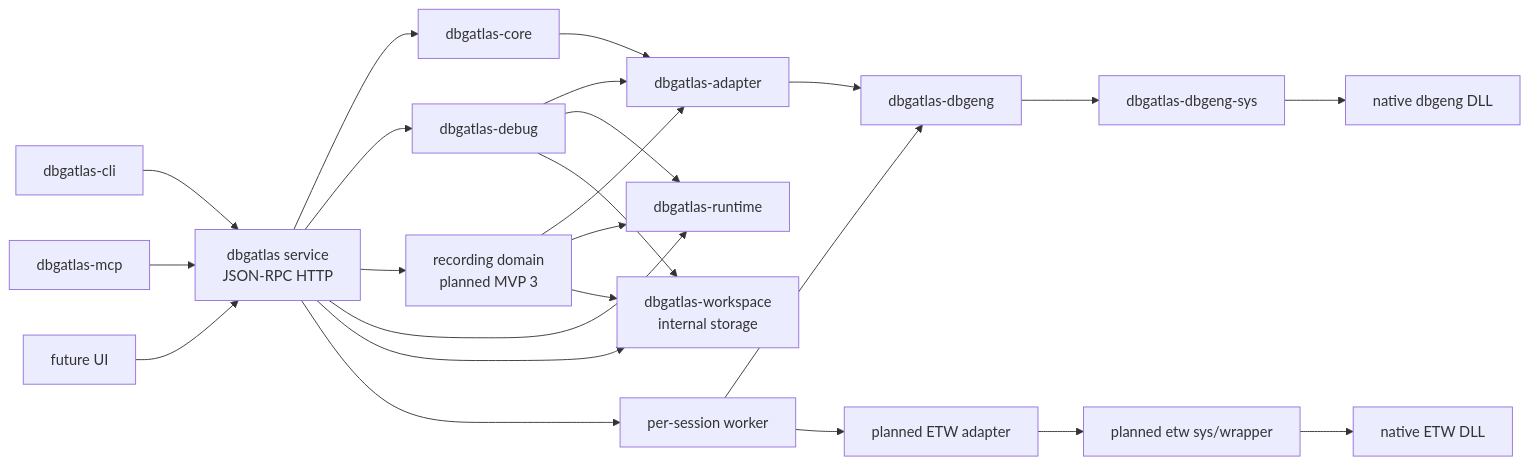
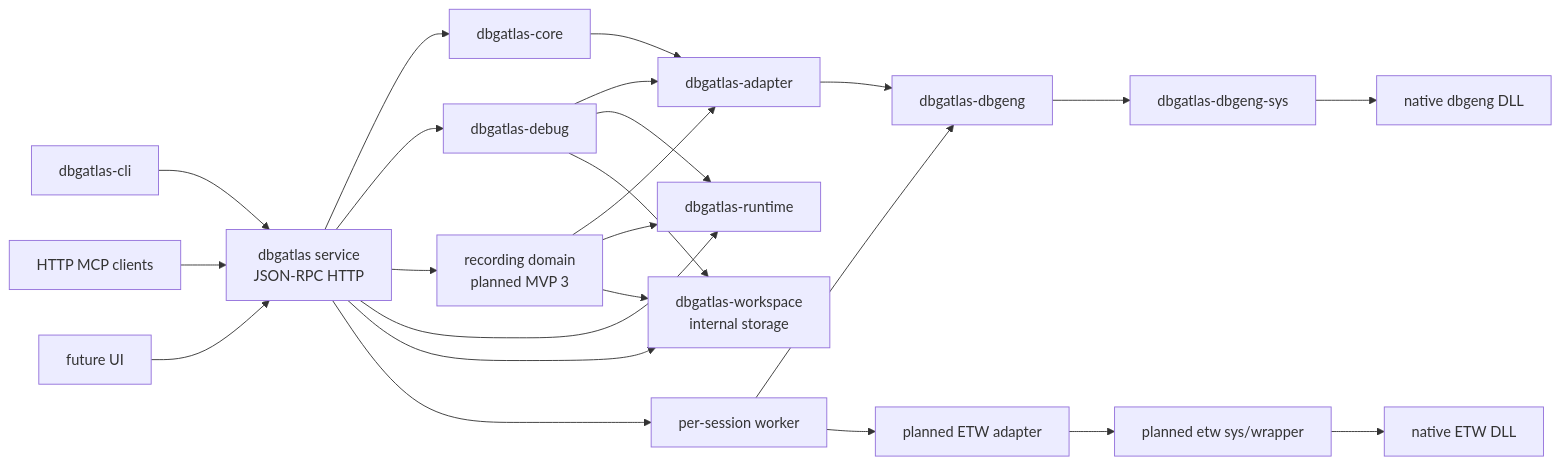
The diagram in docs/architecture.md (dstars-oss/dbgatlas), drawn with Mermaid before and after one commit. The commit also changed other lines of this file and 13 other files, not shown here.

Commit message:
Host MCP over service HTTP

````diff
--- a/docs/architecture.md
+++ b/docs/architecture.md
@@ -7,26 +7,26 @@
 ```mermaid
 flowchart LR
   CLI["dbgatlas-cli"] --> SVC["dbgatlas service\nJSON-RPC HTTP"]
-  MCP["dbgatlas-mcp"] --> SVC
+  MCP["HTTP MCP clients"] --> SVC
   UI["future UI"] --> SVC
   SVC --> CORE["dbgatlas-core"]
   SVC --> DEBUG["dbgatlas-debug"]
   SVC --> REC["recording domain\nplanned MVP 3"]
   SVC --> RUNTIME["dbgatlas-runtime"]
   SVC --> WS["dbgatlas-workspace\ninternal storage"]
   SVC --> WORKER["per-session worker"]
   CORE --> AD["dbgatlas-adapter"]
   DEBUG --> AD
   DEBUG --> RUNTIME
   DEBUG --> WS
   REC --> AD
   REC --> RUNTIME
   REC --> WS
   WORKER --> DBG
   WORKER --> ETW["planned ETW adapter"]
   AD --> DBG["dbgatlas-dbgeng"]
   DBG --> SYS["dbgatlas-dbgeng-sys"]
   SYS --> DLL["native dbgeng DLL"]
   ETW --> ETWSYS["planned etw sys/wrapper"]
   ETWSYS --> ETWDLL["native ETW DLL"]
 ```
````
